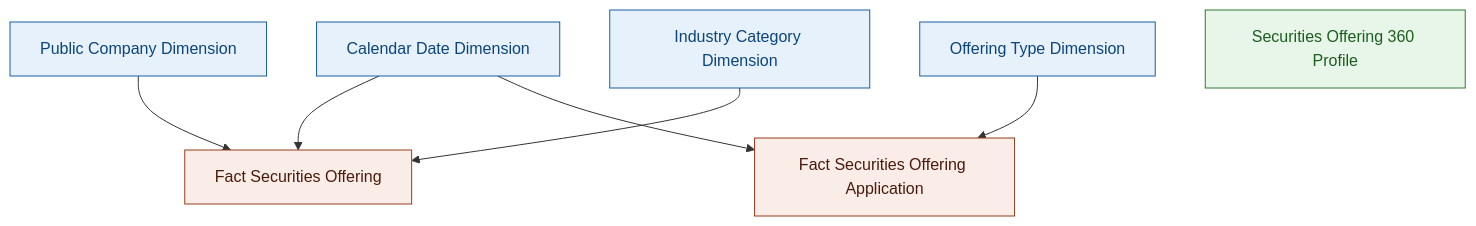
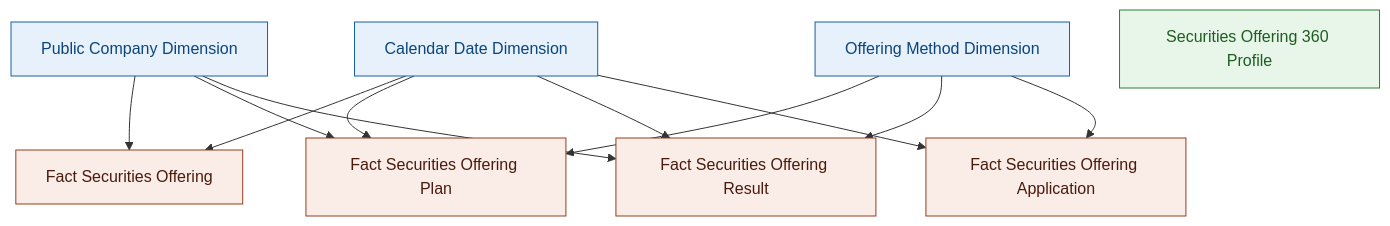
Before and after one commit to linhlvit/ubck_atomic_design: diagram 21 of 21 in Datamart/hld/DTM_QLCB_HLD.md, drawn with Mermaid. The commit also changed other lines of this file and 4 other files, not shown here.

````diff
--- a/Datamart/hld/DTM_QLCB_HLD.md
+++ b/Datamart/hld/DTM_QLCB_HLD.md
@@ -949,23 +1002,31 @@
 ```mermaid
 graph TB
     classDef dim fill:#E6F1FB,stroke:#185FA5,color:#0C447C
     classDef fact fill:#FAECE7,stroke:#993C1D,color:#4A1B0C
     classDef oper fill:#E8F5E9,stroke:#2E7D32,color:#1B5E20
 
     DIM_DATE["Calendar Date Dimension"]:::dim
     DIM_COMPANY["Public Company Dimension"]:::dim
-    DIM_INDUSTRY["Industry Category Dimension"]:::dim
-    DIM_OFFRTYPE["Offering Type Dimension"]:::dim
+    DIM_OFFRMETHOD["Offering Method Dimension"]:::dim
 
     FACT_OFF["Fact Securities Offering"]:::fact
+    FACT_PLAN["Fact Securities Offering Plan"]:::fact
+    FACT_RESULT["Fact Securities Offering Result"]:::fact
     FACT_APP["Fact Securities Offering Application"]:::fact
 
     OPR_OFF["Securities Offering 360 Profile"]:::oper
 
     DIM_DATE --> FACT_OFF
     DIM_COMPANY --> FACT_OFF
-    DIM_INDUSTRY --> FACT_OFF
+
+    DIM_DATE --> FACT_PLAN
+    DIM_COMPANY --> FACT_PLAN
+    DIM_OFFRMETHOD --> FACT_PLAN
+
+    DIM_DATE --> FACT_RESULT
+    DIM_COMPANY --> FACT_RESULT
+    DIM_OFFRMETHOD --> FACT_RESULT
 
     DIM_DATE --> FACT_APP
-    DIM_OFFRTYPE --> FACT_APP
+    DIM_OFFRMETHOD --> FACT_APP
 ```
````
